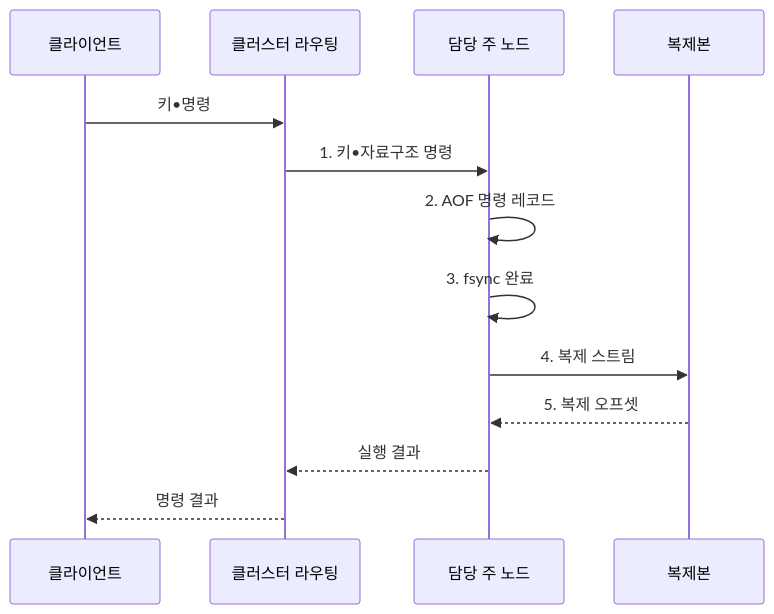
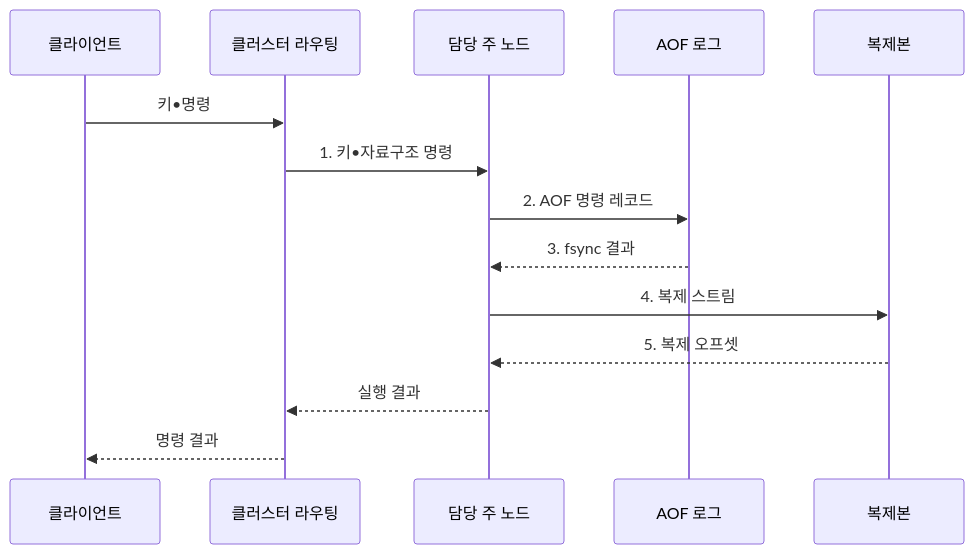
Before and after one commit to agnusdei1207/knowledge-base: the second of 2 diagrams in src/content/docs/notes/03-software/107_redis_in_memory_database.md, drawn with Mermaid. The commit also changed other lines of this file and 13 other files, not shown here.

````diff
--- a/src/content/docs/notes/03-software/107_redis_in_memory_database.md
+++ b/src/content/docs/notes/03-software/107_redis_in_memory_database.md
@@ -108,15 +108,16 @@
 ```mermaid
 sequenceDiagram
     participant C as 클라이언트
     participant R as 클러스터 라우팅
     participant P as 담당 주 노드
+    participant L as AOF 로그
     participant S as 복제본
     C->>R: 키•명령
     R->>P: 1. 키•자료구조 명령
-    P->>P: 2. AOF 명령 레코드
-    P->>P: 3. fsync 완료
+    P->>L: 2. AOF 명령 레코드
+    L-->>P: 3. fsync 결과
     P->>S: 4. 복제 스트림
     S-->>P: 5. 복제 오프셋
     P-->>R: 실행 결과
     R-->>C: 명령 결과
 ```
````
